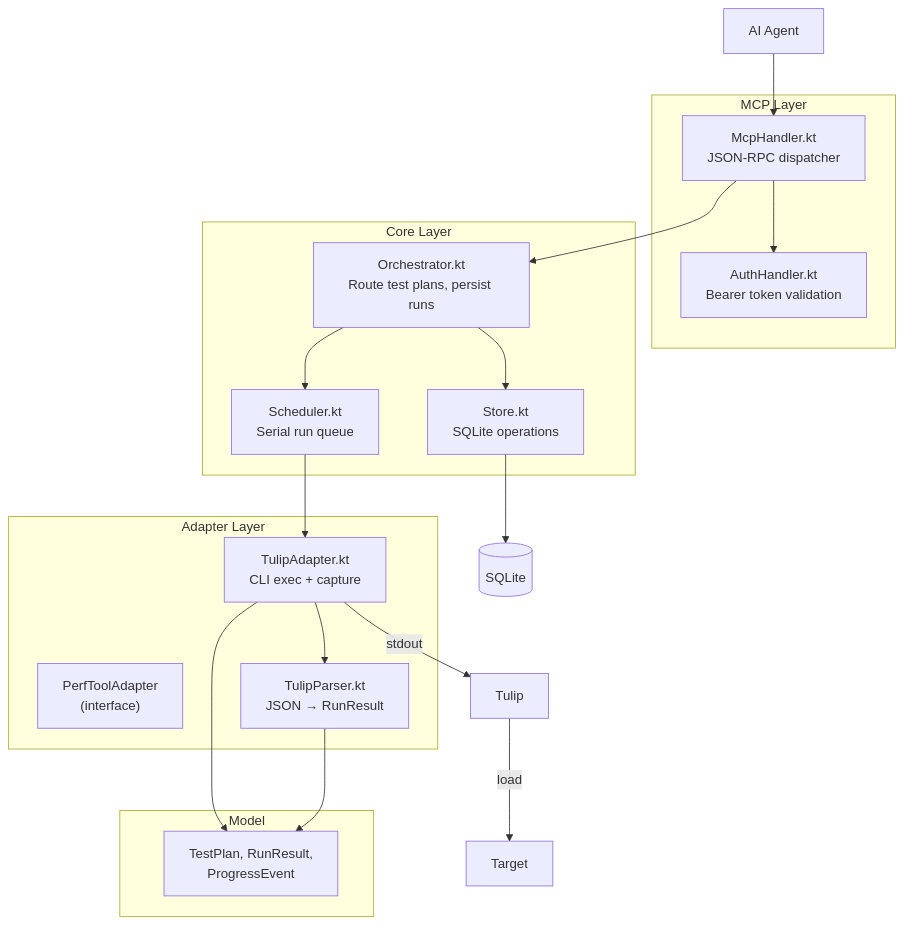
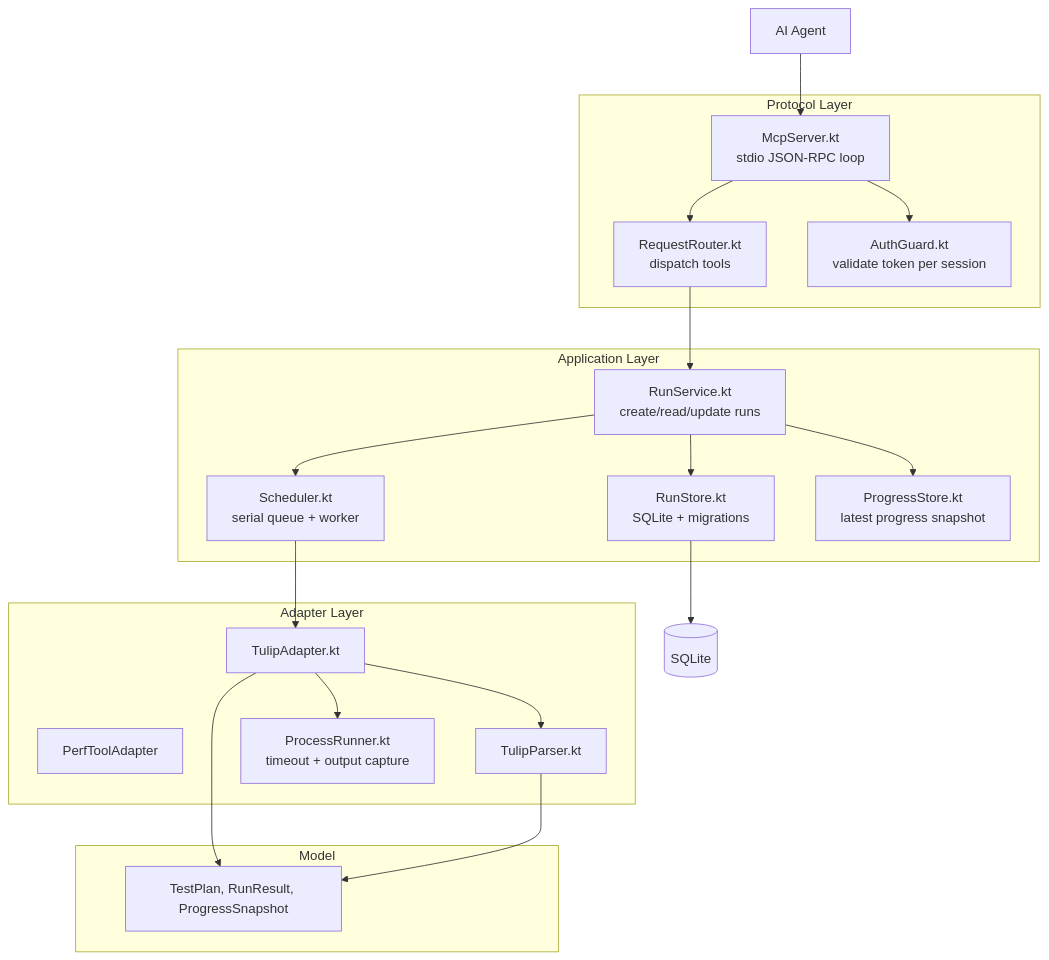
One commit to bmvanwyk/Boehm changed the second of 5 diagrams in docs/architecture.md. Above: the diagram before and after it, drawn with Mermaid. The commit also changed other lines of this file, not shown here.

Commit message:
Revise architecture.md to clarify Phase 1 design principles, emphasize simplicity, and outline key corrections for the MCP server implementation.

````diff
--- a/docs/architecture.md
+++ b/docs/architecture.md
@@ -25,38 +59,42 @@
 ```mermaid
 graph TB
-    subgraph "MCP Layer"
-        McpHandler["McpHandler.kt<br/>JSON-RPC dispatcher"]
-        Auth["AuthHandler.kt<br/>Bearer token validation"]
+    subgraph "Protocol Layer"
+        McpServer["McpServer.kt<br/>stdio JSON-RPC loop"]
+        RequestRouter["RequestRouter.kt<br/>dispatch tools"]
+        AuthGuard["AuthGuard.kt<br/>validate token per session"]
     end
 
-    subgraph "Core Layer"
-        Orchestrator["Orchestrator.kt<br/>Route test plans, persist runs"]
-        Scheduler["Scheduler.kt<br/>Serial run queue"]
-        Store["Store.kt<br/>SQLite operations"]
+    subgraph "Application Layer"
+        RunService["RunService.kt<br/>create/read/update runs"]
+        Scheduler["Scheduler.kt<br/>serial queue + worker"]
+        RunStore["RunStore.kt<br/>SQLite + migrations"]
+        ProgressStore["ProgressStore.kt<br/>latest progress snapshot"]
     end
 
     subgraph "Adapter Layer"
-        AdapterInterface["PerfToolAdapter<br/>(interface)"]
-        TulipAdapter["TulipAdapter.kt<br/>CLI exec + capture"]
-        TulipParser["TulipParser.kt<br/>JSON → RunResult"]
+        AdapterInterface["PerfToolAdapter"]
+        TulipAdapter["TulipAdapter.kt"]
+        TulipParser["TulipParser.kt"]
+        ProcessRunner["ProcessRunner.kt<br/>timeout + output capture"]
     end
 
     subgraph "Model"
-        Models["TestPlan, RunResult,<br/>ProgressEvent"]
+        Models["TestPlan, RunResult, ProgressSnapshot"]
     end
 
     Agent["AI Agent"]
 
-    Agent --> McpHandler
-    McpHandler --> Auth
-    McpHandler --> Orchestrator
-    Orchestrator --> Scheduler
-    Orchestrator --> Store
+    Agent --> McpServer
+    McpServer --> AuthGuard
+    McpServer --> RequestRouter
+    RequestRouter --> RunService
+    RunService --> Scheduler
+    RunService --> RunStore
+    RunService --> ProgressStore
     Scheduler --> TulipAdapter
+    TulipAdapter --> ProcessRunner
     TulipAdapter --> TulipParser
     TulipAdapter --> Models
     TulipParser --> Models
-    Store --> SQLite[(SQLite)]
-    TulipAdapter -- "stdout" --> Tulip
-    Tulip -- "load" --> Target
+    RunStore --> SQLite[(SQLite)]
 ```
````
